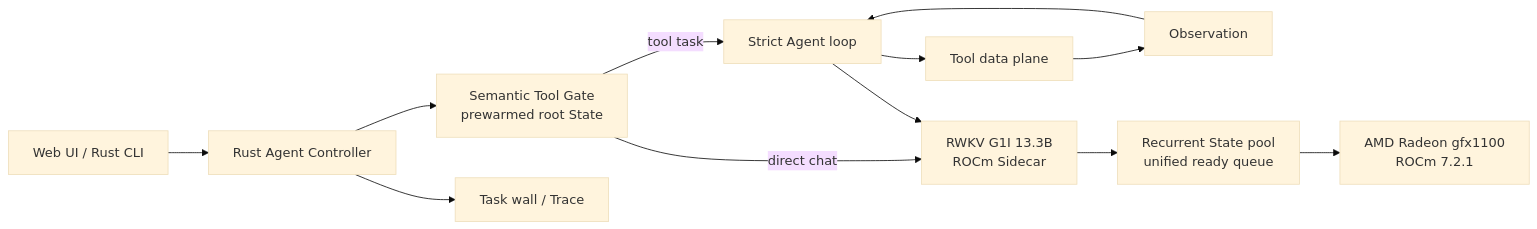
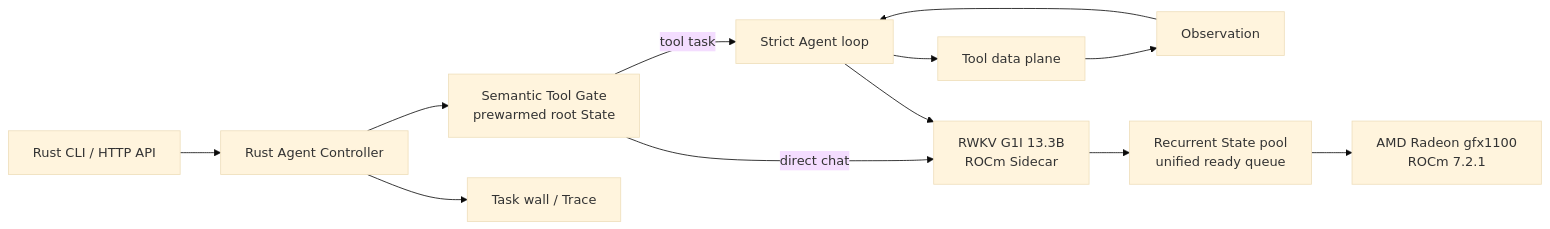
The diagram in README.md (123123213weqw/rwkv-agent), drawn with Mermaid (base theme) before and after one commit. The commit also changed other lines of this file and 14 other files, not shown here.

````diff
--- a/README.md
+++ b/README.md
@@ -75,14 +75,14 @@
 ```mermaid
 flowchart LR
-    UI["Web UI / Rust CLI"] --> C["Rust Agent Controller"]
+    CLI["Rust CLI / HTTP API"] --> C["Rust Agent Controller"]
     C --> G["Semantic Tool Gate\nprewarmed root State"]
     G -->|direct chat| S["RWKV G1I 13.3B\nROCm Sidecar"]
     G -->|tool task| L["Strict Agent loop"]
     L --> T["Tool data plane"]
     T --> O["Observation"]
     O --> L
     L --> S
     C --> Q["Task wall / Trace"]
     S --> P["Recurrent State pool\nunified ready queue"]
     P --> GPU["AMD Radeon gfx1100\nROCm 7.2.1"]
 ```
````
